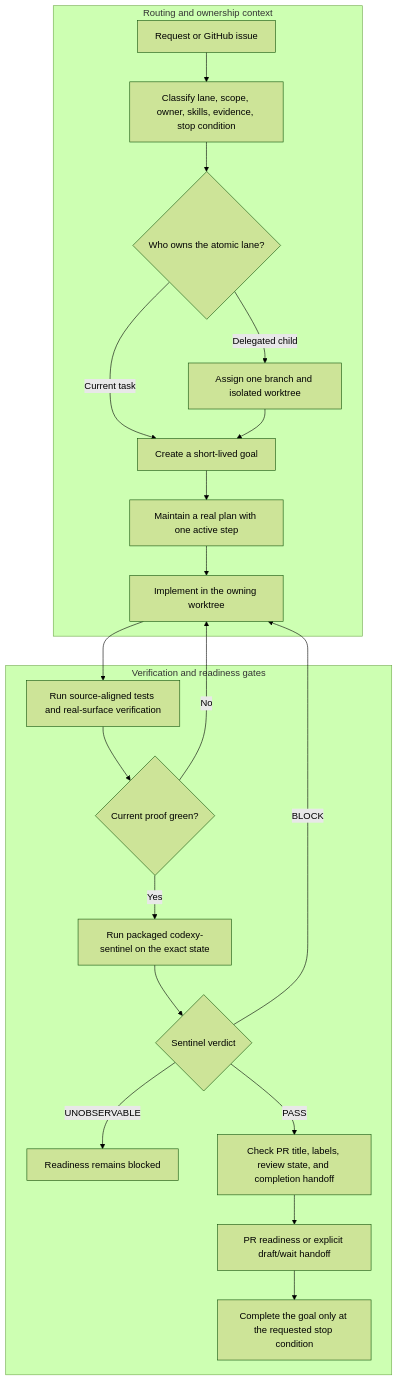
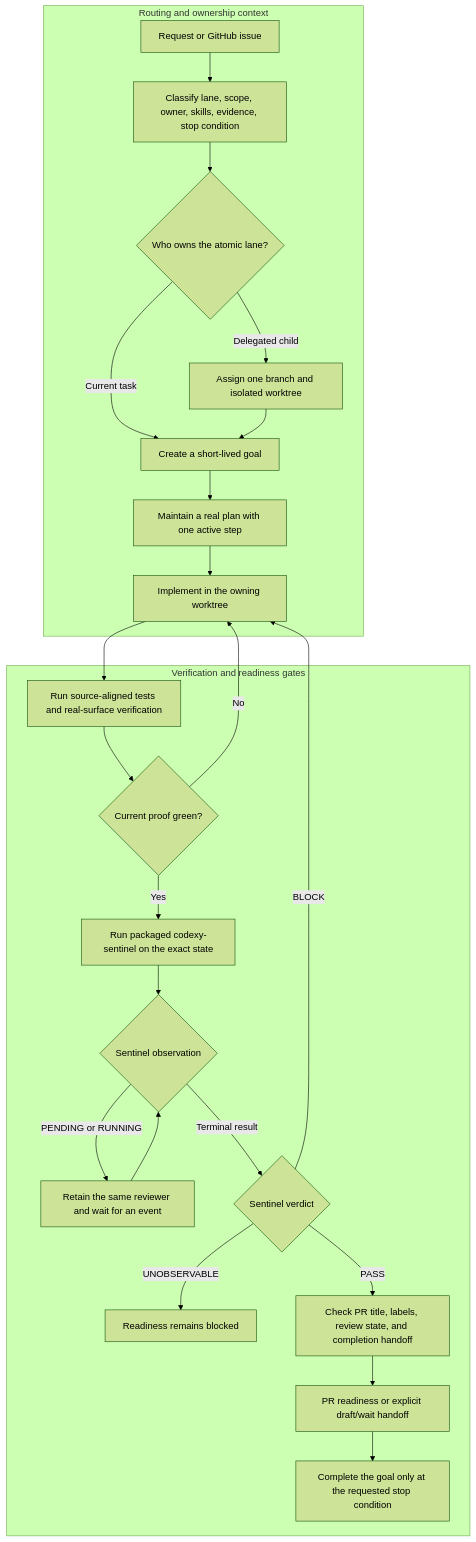
One commit to eunsoogi/codexy changed the first of 2 diagrams in docs/architecture.md. Above: the diagram before and after it, drawn with Mermaid (forest theme). The commit also changed other lines of this file and 19 other files, not shown here.

Commit message:
fix(sentinel): keep running reviews nonterminal

````diff
--- a/docs/architecture.md
+++ b/docs/architecture.md
@@ -135,25 +135,28 @@
 ```mermaid
 flowchart TD
     subgraph routing["Routing and ownership context"]
         request["Request or GitHub issue"] --> classify["Classify lane, scope, owner, skills, evidence, stop condition"]
         classify --> owner{"Who owns the atomic lane?"}
         owner -->|Current task| goal["Create a short-lived goal"]
         owner -->|Delegated child| worktree["Assign one branch and isolated worktree"]
         worktree --> goal
         goal --> plan["Maintain a real plan with one active step"]
         plan --> implement["Implement in the owning worktree"]
     end
 
     subgraph gates["Verification and readiness gates"]
         implement --> verify["Run source-aligned tests and real-surface verification"]
         verify --> proof{"Current proof green?"}
         proof -->|No| implement
         proof -->|Yes| sentinel["Run packaged codexy-sentinel on the exact state"]
-        sentinel --> verdict{"Sentinel verdict"}
+        sentinel --> observation{"Sentinel observation"}
+        observation -->|PENDING or RUNNING| wait_review["Retain the same reviewer and wait for an event"]
+        wait_review --> observation
+        observation -->|Terminal result| verdict{"Sentinel verdict"}
         verdict -->|BLOCK| implement
         verdict -->|UNOBSERVABLE| blocked["Readiness remains blocked"]
         verdict -->|PASS| readiness["Check PR title, labels, review state, and completion handoff"]
         readiness --> delivery["PR readiness or explicit draft/wait handoff"]
         delivery --> finish["Complete the goal only at the requested stop condition"]
     end
 ```
````
